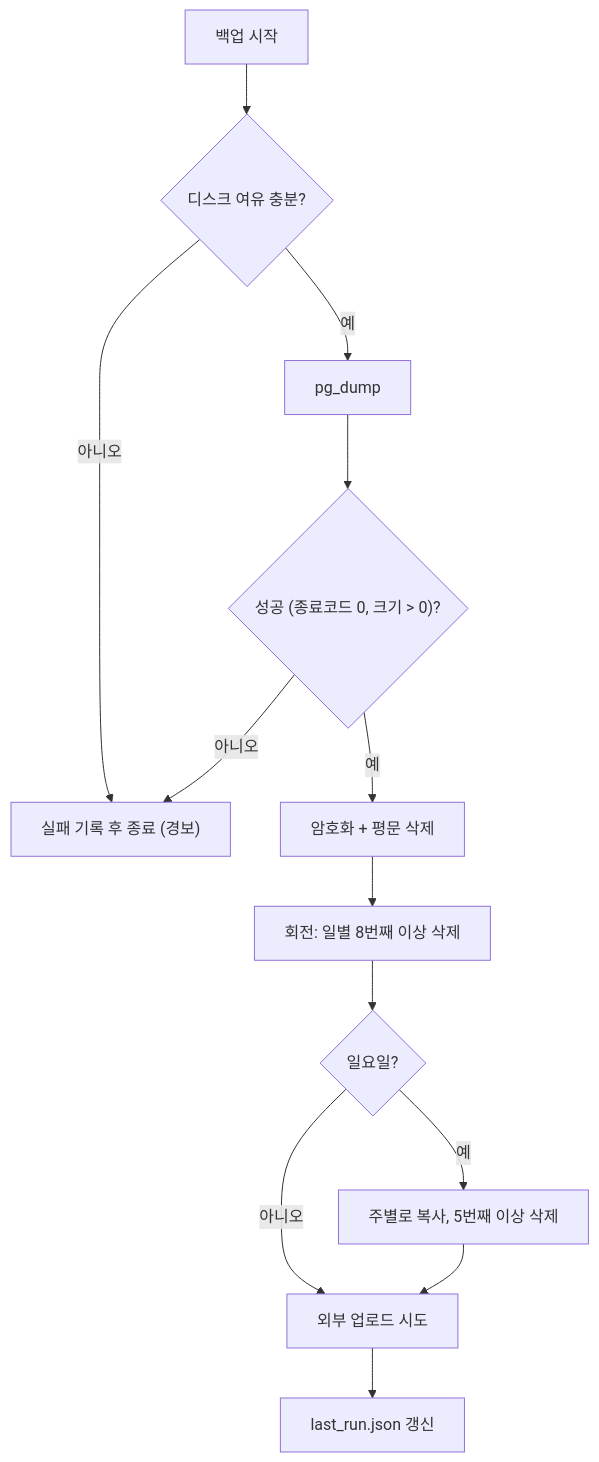
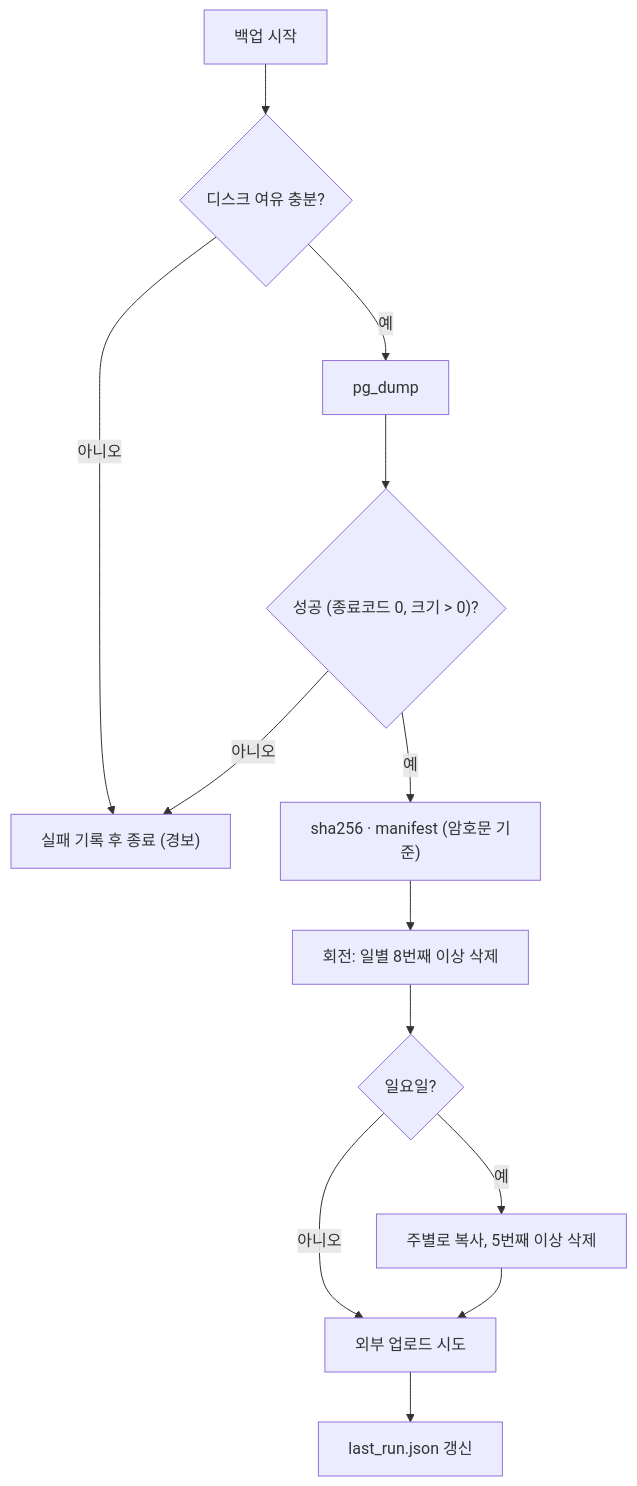
Diagram 23 of 41 in docs/design/features/17-ops-observability.md (1985jwlee/portpolio_backend), drawn with Mermaid before and after one commit. The commit also changed other lines of this file and 27 other files, not shown here.

````diff
--- a/docs/design/features/17-ops-observability.md
+++ b/docs/design/features/17-ops-observability.md
@@ -1409,15 +1441,15 @@
 ```mermaid
 flowchart TD
     A["백업 시작"] --> B{"디스크 여유 충분?"}
     B -- "아니오" --> F1["실패 기록 후 종료 (경보)"]
     B -- "예" --> C["pg_dump"]
     C --> D{"성공 (종료코드 0, 크기 > 0)?"}
     D -- "아니오" --> F1
-    D -- "예" --> E["암호화 + 평문 삭제"]
+    D -- "예" --> E["sha256 · manifest (암호문 기준)"]
     E --> G["회전: 일별 8번째 이상 삭제"]
     G --> H{"일요일?"}
     H -- "예" --> I["주별로 복사, 5번째 이상 삭제"]
     H -- "아니오" --> J["외부 업로드 시도"]
     I --> J
     J --> K["last_run.json 갱신"]
 ```
````
